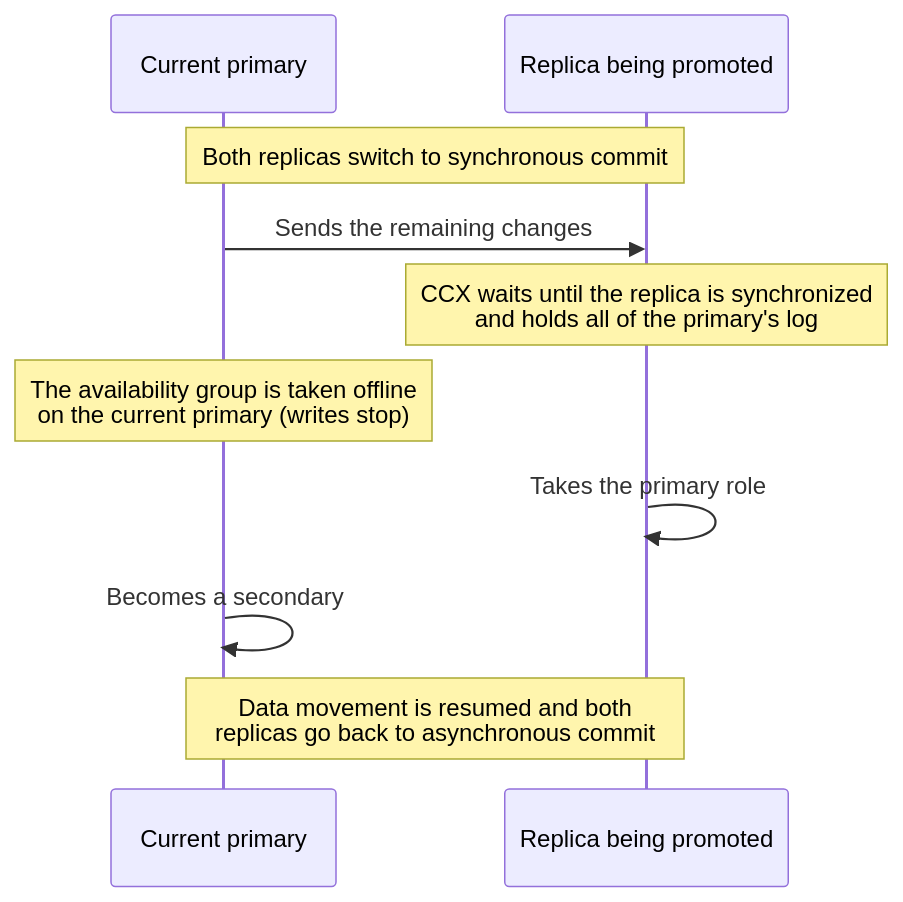
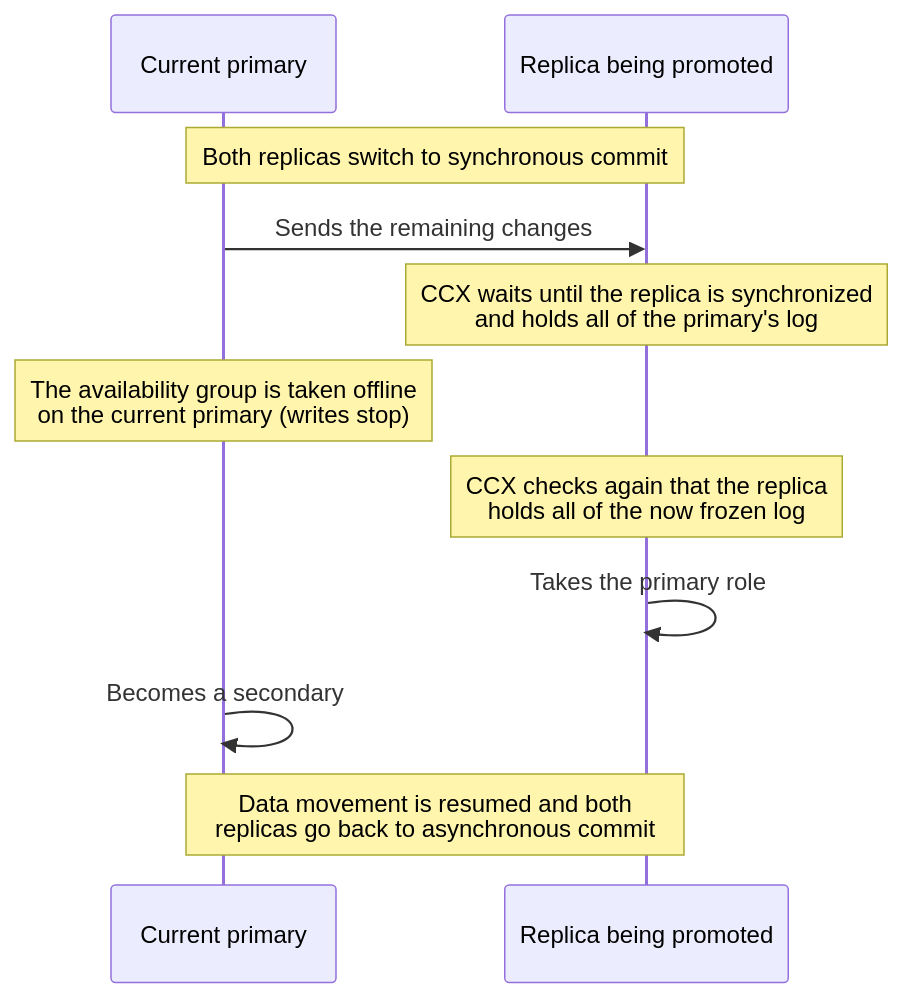
Before and after one commit to severalnines/ccx-docs: the second of 2 diagrams in docs/user/Reference/Products/MSSQLServer/always-on.md, drawn with Mermaid. The commit also changed other lines of this file and 2 other files, not shown here.

````diff
--- a/docs/user/Reference/Products/MSSQLServer/always-on.md
+++ b/docs/user/Reference/Products/MSSQLServer/always-on.md
@@ -128,12 +130,13 @@
 ```mermaid
 sequenceDiagram
     participant P as Current primary
     participant S as Replica being promoted
     Note over P,S: Both replicas switch to synchronous commit
     P->>S: Sends the remaining changes
     Note over S: CCX waits until the replica is synchronized<br/>and holds all of the primary's log
     Note over P: The availability group is taken offline<br/>on the current primary (writes stop)
+    Note over S: CCX checks again that the replica<br/>holds all of the now frozen log
     S->>S: Takes the primary role
     P->>P: Becomes a secondary
     Note over P,S: Data movement is resumed and both<br/>replicas go back to asynchronous commit
 ```
````
